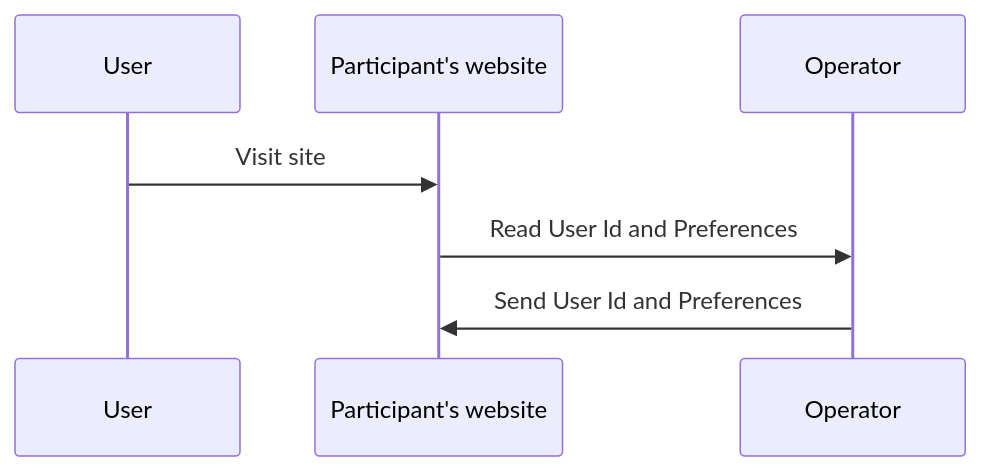
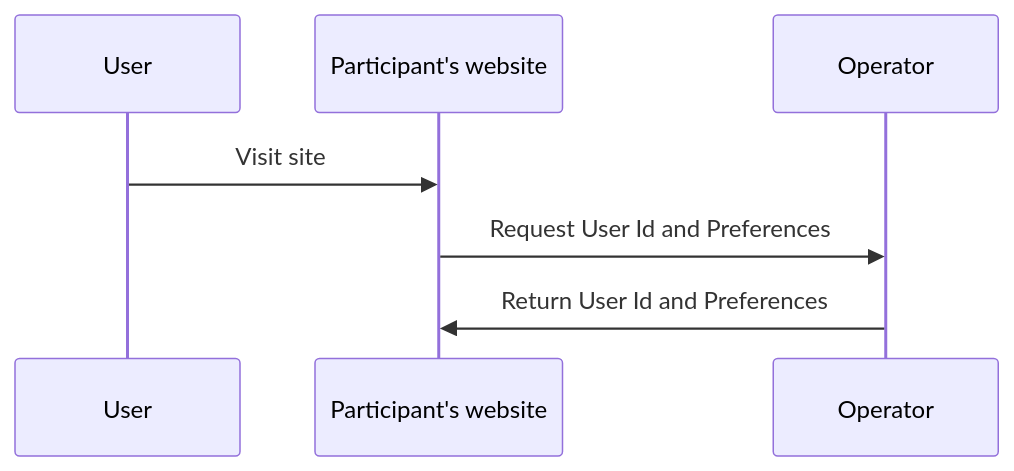
The second of 4 diagrams in mvp-spec/workflows.md (OneKey-Network/addressability-framework), drawn with Mermaid before and after one commit. The commit also changed other lines of this file, not shown here.

````diff
--- a/mvp-spec/workflows.md
+++ b/mvp-spec/workflows.md
@@ -43,11 +43,11 @@
 ```mermaid
 sequenceDiagram
 participant U as User
 participant P as Participant's website
 participant O as Operator
 
     U ->> P: Visit site
     
-    P ->> O: Read User Id and Preferences
-    O ->> P: Send User Id and Preferences
+    P ->> O: Request User Id and Preferences
+    O ->> P: Return User Id and Preferences
 ```
````
